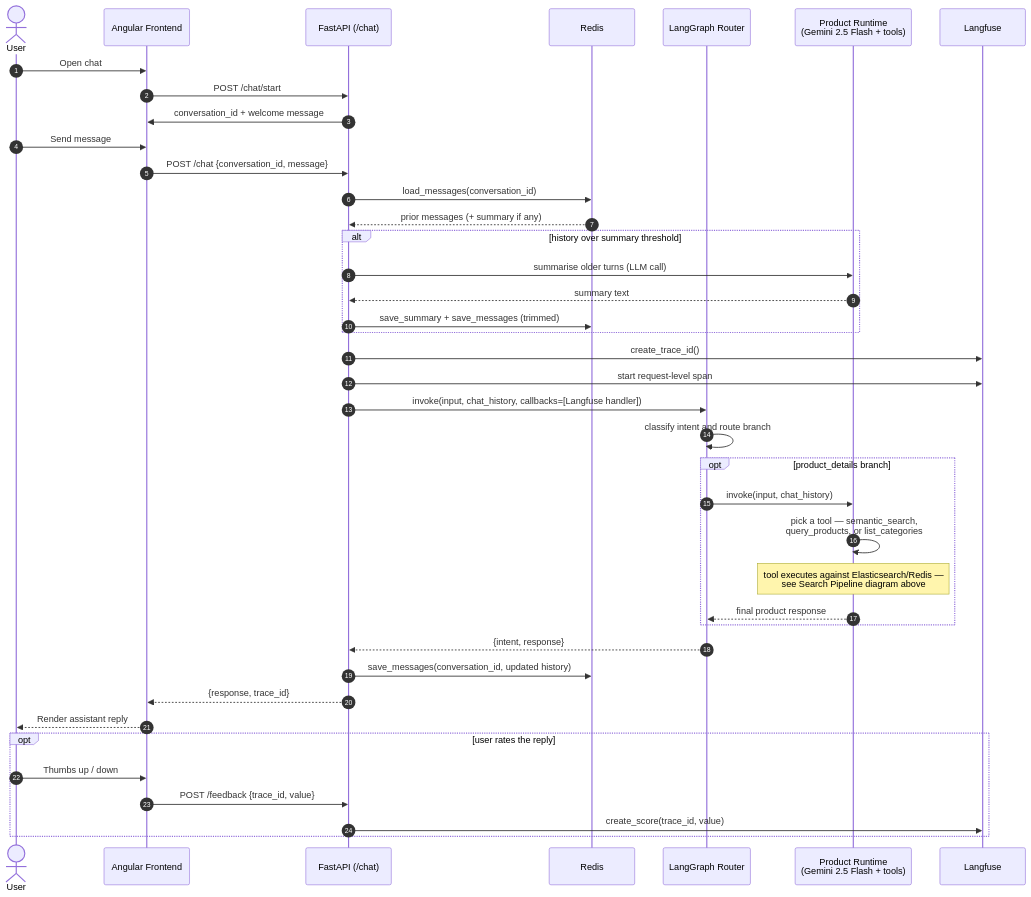
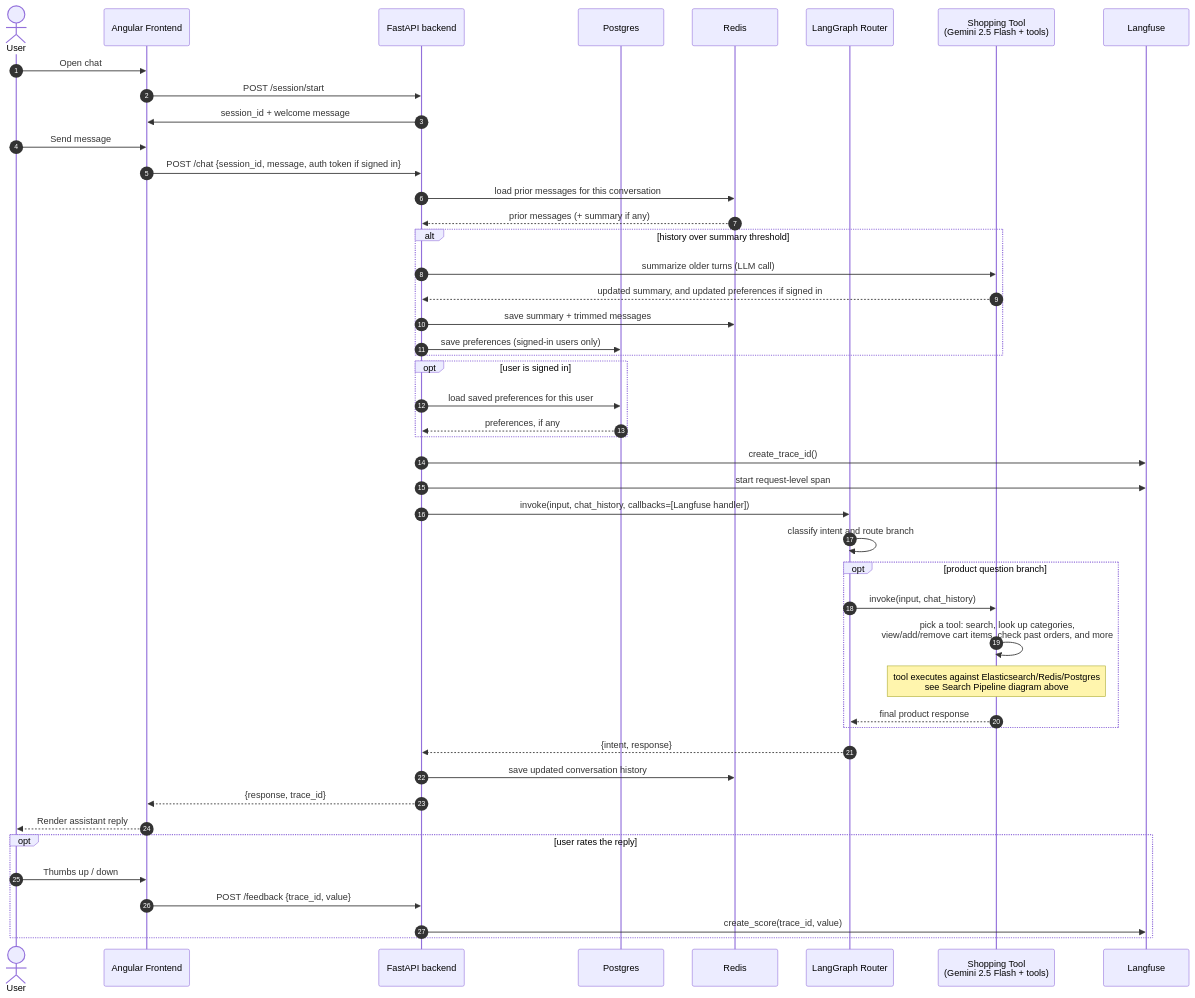
Before and after one commit to miggle711/gdg-mum-langchain-project: the third of 3 diagrams in README.md, drawn with Mermaid. The commit also changed other lines of this file, not shown here.

Commit message:
docs: update readme to describe auth, cart, and long-term memory features

````diff
--- a/README.md
+++ b/README.md
@@ -88,47 +92,53 @@
 ```mermaid
 sequenceDiagram
     autonumber
     actor U as User
     participant FE as Angular Frontend
-    participant BE as FastAPI (/chat)
+    participant BE as FastAPI backend
+    participant PG as Postgres
     participant R as Redis
     participant Graph as LangGraph Router
-    participant Product as Product Runtime<br/>(Gemini 2.5 Flash + tools)
+    participant Product as Shopping Tool<br/>(Gemini 2.5 Flash + tools)
     participant LF as Langfuse
 
     U->>FE: Open chat
-    FE->>BE: POST /chat/start
-    BE->>FE: conversation_id + welcome message
+    FE->>BE: POST /session/start
+    BE->>FE: session_id + welcome message
 
     U->>FE: Send message
-    FE->>BE: POST /chat {conversation_id, message}
-    BE->>R: load_messages(conversation_id)
+    FE->>BE: POST /chat {session_id, message, auth token if signed in}
+    BE->>R: load prior messages for this conversation
     R-->>BE: prior messages (+ summary if any)
     alt history over summary threshold
-        BE->>Product: summarise older turns (LLM call)
-        Product-->>BE: summary text
-        BE->>R: save_summary + save_messages (trimmed)
+        BE->>Product: summarize older turns (LLM call)
+        Product-->>BE: updated summary, and updated preferences if signed in
+        BE->>R: save summary + trimmed messages
+        BE->>PG: save preferences (signed-in users only)
+    end
+    opt user is signed in
+        BE->>PG: load saved preferences for this user
+        PG-->>BE: preferences, if any
     end
 
     BE->>LF: create_trace_id()
     BE->>LF: start request-level span
     BE->>Graph: invoke(input, chat_history, callbacks=[Langfuse handler])
     Graph->>Graph: classify intent and route branch
-    opt product_details branch
+    opt product question branch
         Graph->>Product: invoke(input, chat_history)
-        Product->>Product: pick a tool — semantic_search,<br/>query_products, or list_categories
-        Note over Product: tool executes against Elasticsearch/Redis —<br/>see Search Pipeline diagram above
+        Product->>Product: pick a tool: search, look up categories,<br/>view/add/remove cart items, check past orders, and more
+        Note over Product: tool executes against Elasticsearch/Redis/Postgres<br/>see Search Pipeline diagram above
         Product-->>Graph: final product response
     end
     Graph-->>BE: {intent, response}
 
-    BE->>R: save_messages(conversation_id, updated history)
+    BE->>R: save updated conversation history
     BE-->>FE: {response, trace_id}
     FE-->>U: Render assistant reply
 
     opt user rates the reply
         U->>FE: Thumbs up / down
         FE->>BE: POST /feedback {trace_id, value}
         BE->>LF: create_score(trace_id, value)
     end
 ```
````
